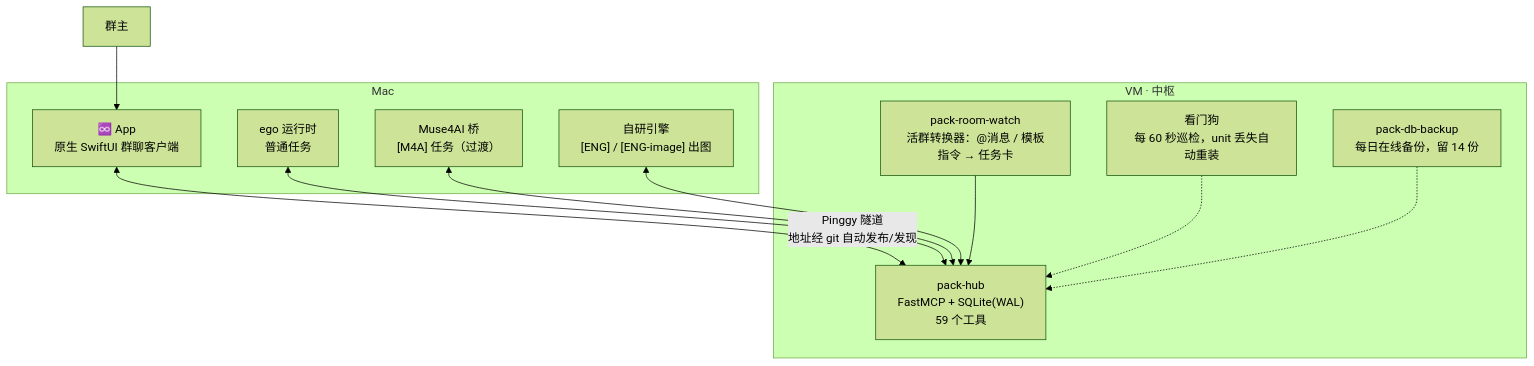
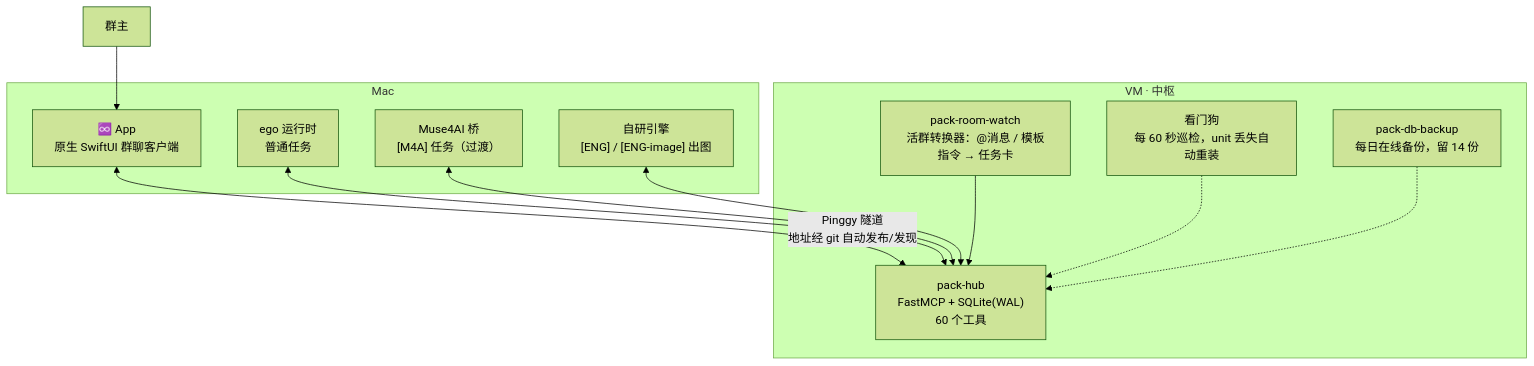
One commit to cyou1314/Pack changed the first of 2 diagrams in README.md. Above: the diagram before and after it, drawn with Mermaid (forest theme). The commit also changed other lines of this file and 2 other files, not shown here.

Commit message:
feat(hub): F1 批准伪造门口守卫（staging35）+ 加急 D15（staging36，工具数 60）已部署

````diff
--- a/README.md
+++ b/README.md
@@ -58,24 +58,24 @@
 ```mermaid
 flowchart TB
     subgraph VM["VM · 中枢"]
-        HUB["pack-hub<br/>FastMCP + SQLite(WAL)<br/>59 个工具"]
+        HUB["pack-hub<br/>FastMCP + SQLite(WAL)<br/>60 个工具"]
         WATCH["pack-room-watch<br/>活群转换器：@消息 / 模板指令 → 任务卡"]
         BAK["pack-db-backup<br/>每日在线备份，留 14 份"]
         DOG["看门狗<br/>每 60 秒巡检，unit 丢失自动重装"]
     end
     subgraph MAC["Mac"]
         APP["♾️ App<br/>原生 SwiftUI 群聊客户端"]
         EGO["ego 运行时<br/>普通任务"]
         BRIDGE["Muse4AI 桥<br/>[M4A] 任务（过渡）"]
         ENG["自研引擎<br/>[ENG] / [ENG-image] 出图"]
     end
     OWNER["群主"]
     OWNER --> APP
     APP <-->|"Pinggy 隧道<br/>地址经 git 自动发布/发现"| HUB
     EGO <--> HUB
     BRIDGE <--> HUB
     ENG <--> HUB
     WATCH --> HUB
     DOG -.-> HUB
     BAK -.-> HUB
 ```
````
